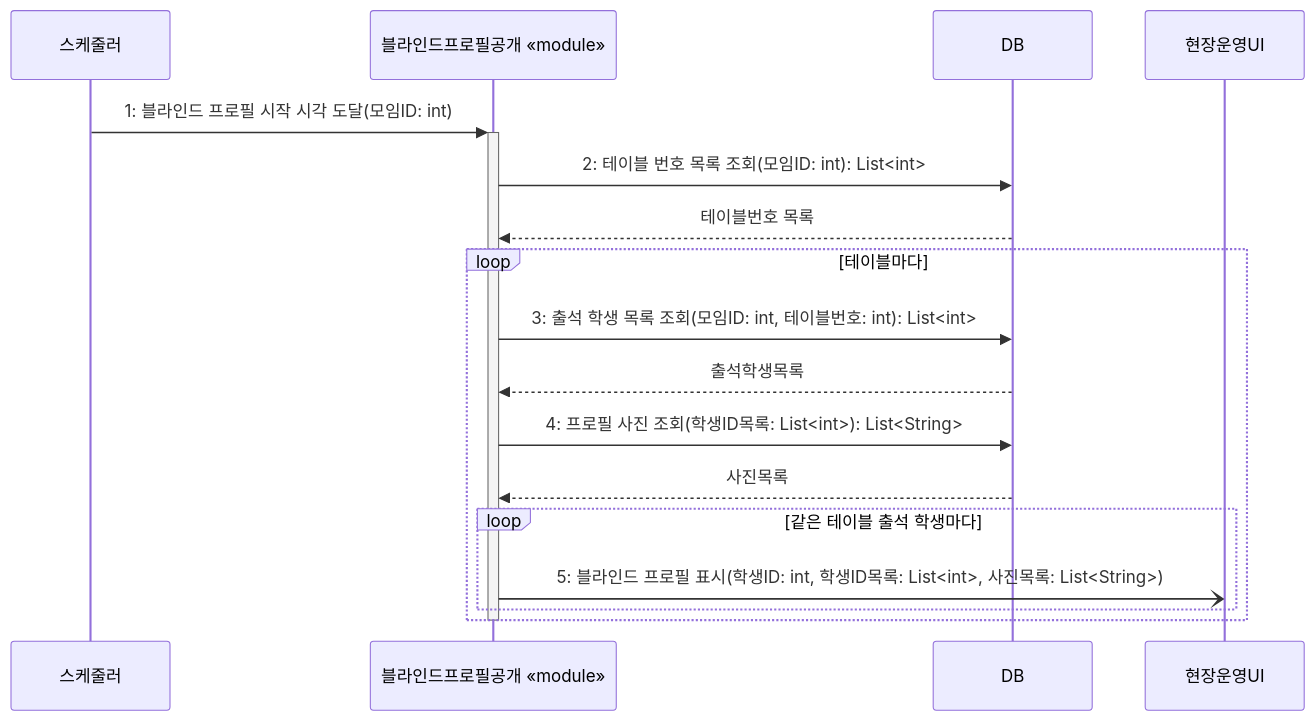
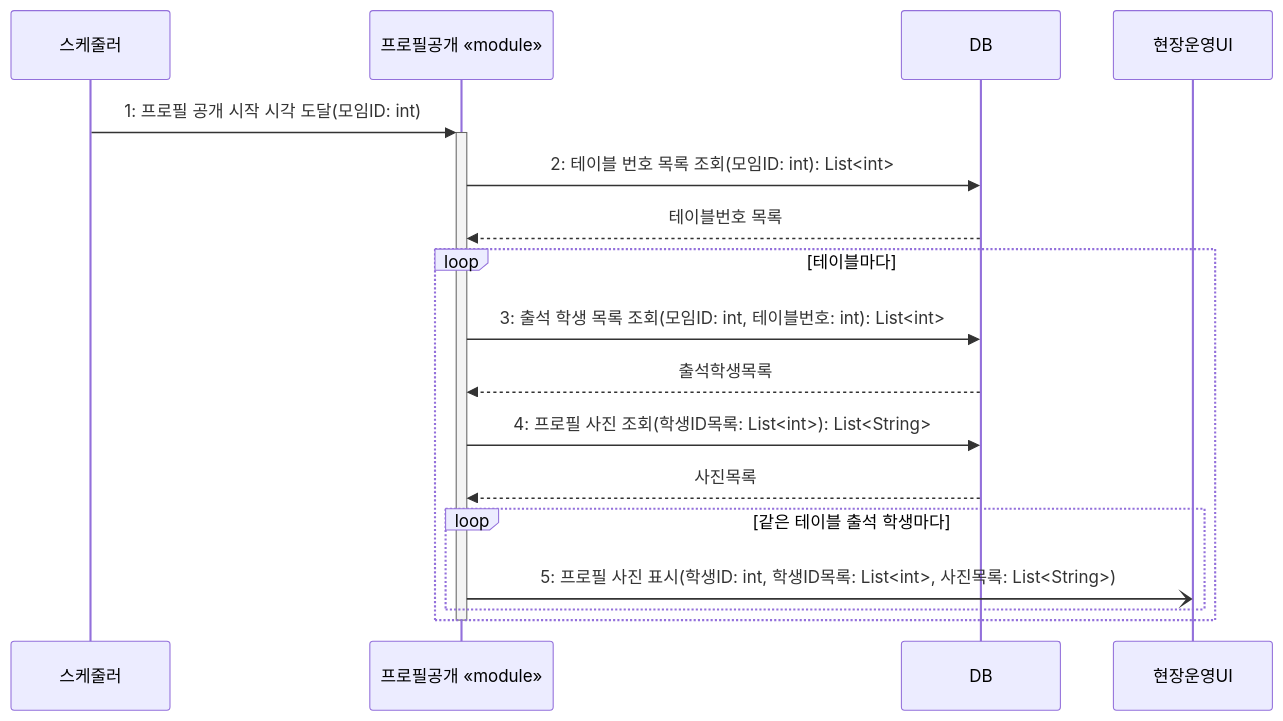
One commit to hojae3/sw-engineering-16 changed the diagram in presentation/08/2-sequence-v3.md. Above: the diagram before and after it, drawn with Mermaid. The commit also changed other lines of this file, not shown here.

Commit message:
[presentation] 8번 v3에서 블라인드 제거 (프로필공개 «module», 프로필 공개 시작 시각 도달, 프로필 사진 표시)

````diff
--- a/presentation/08/2-sequence-v3.md
+++ b/presentation/08/2-sequence-v3.md
@@ -15,22 +15,22 @@
 ```mermaid
 sequenceDiagram
     participant 스케줄러
-    participant 공개 as 블라인드프로필공개 «module»
+    participant 공개 as 프로필공개 «module»
     participant DB as DB
     participant 화면 as 현장운영UI
 
-    스케줄러->>+공개: 1: 블라인드 프로필 시작 시각 도달(모임ID: int)
+    스케줄러->>+공개: 1: 프로필 공개 시작 시각 도달(모임ID: int)
     공개->>DB: 2: 테이블 번호 목록 조회(모임ID: int): List<int>
     DB-->>공개: 테이블번호 목록
 
     loop 테이블마다
         공개->>DB: 3: 출석 학생 목록 조회(모임ID: int, 테이블번호: int): List<int>
         DB-->>공개: 출석학생목록
         공개->>DB: 4: 프로필 사진 조회(학생ID목록: List<int>): List<String>
         DB-->>공개: 사진목록
         loop 같은 테이블 출석 학생마다
-            공개-)화면: 5: 블라인드 프로필 표시(학생ID: int, 학생ID목록: List<int>, 사진목록: List<String>)
+            공개-)화면: 5: 프로필 사진 표시(학생ID: int, 학생ID목록: List<int>, 사진목록: List<String>)
         end
     end
     deactivate 공개
 ```
````
